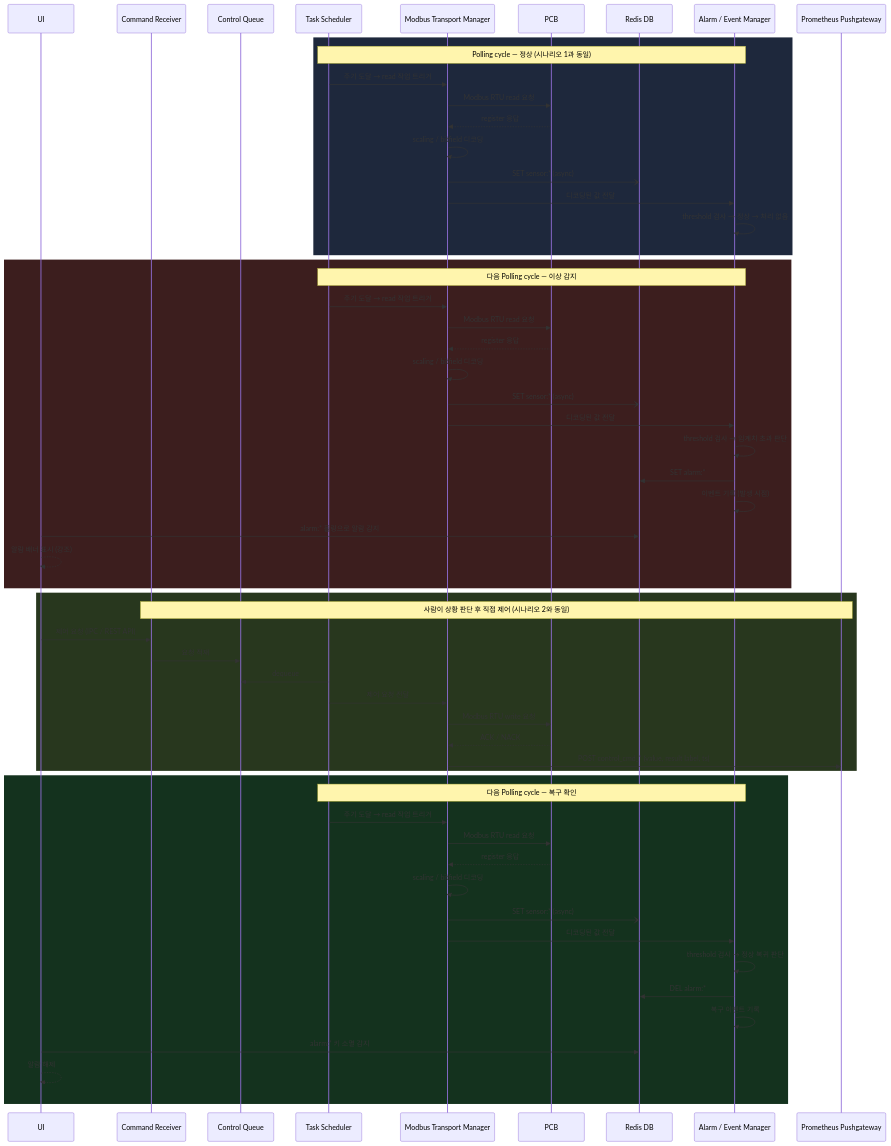
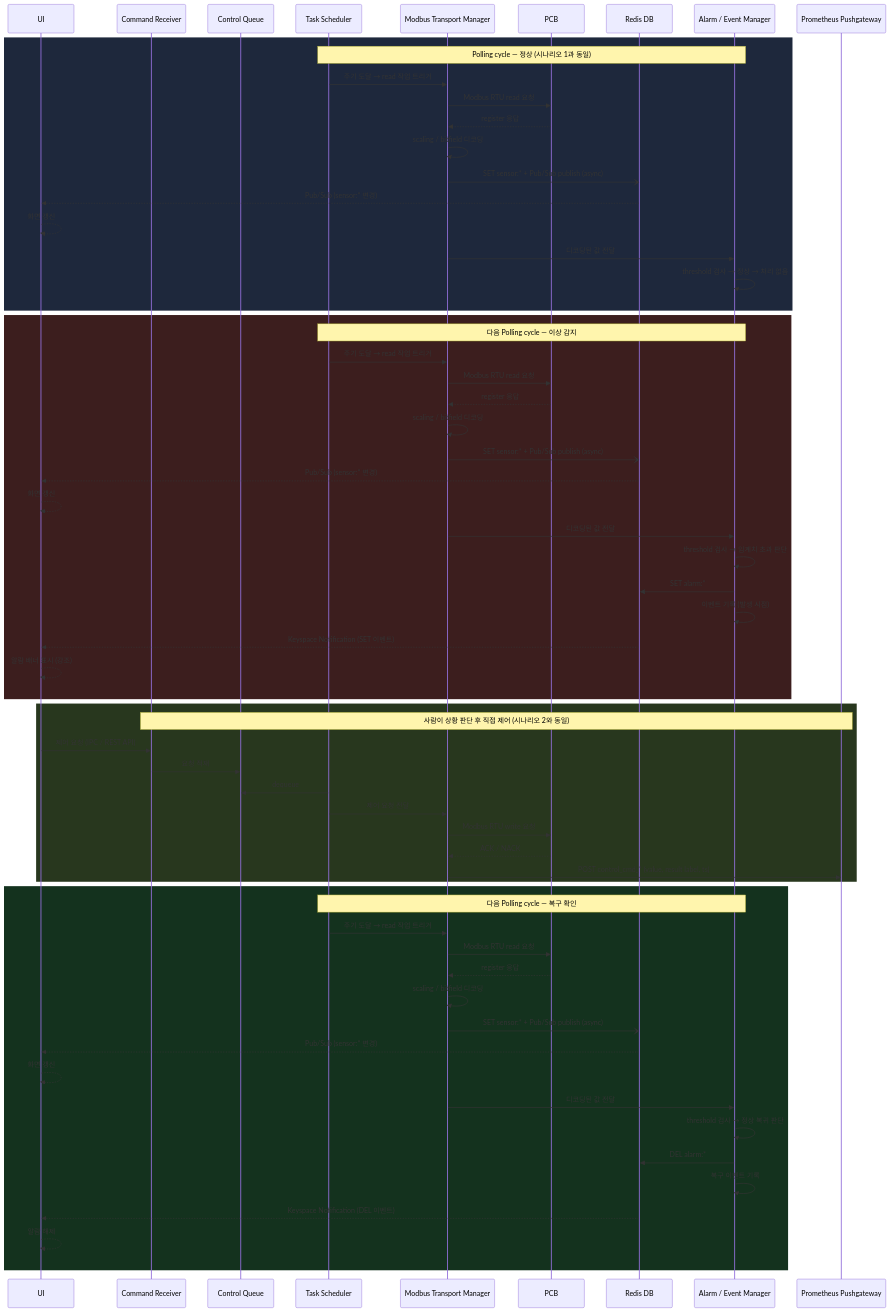
The third of 4 diagrams in docs/PCG.md (DEEPGadget/L2A_CDU_system), drawn with Mermaid before and after one commit. The commit also changed other lines of this file and 2 other files, not shown here.

Commit message:
ui redis 값 polling => redis pub/sub 추가

````diff
--- a/docs/PCG.md
+++ b/docs/PCG.md
@@ -242,64 +247,70 @@
 ```mermaid
 sequenceDiagram
     participant UI as UI
     participant CR as Command Receiver
     participant CQ as Control Queue
     participant TS as Task Scheduler
     participant MTM as Modbus Transport Manager
     participant PCB as PCB
     participant Redis as Redis DB
     participant AEM as Alarm / Event Manager
     participant PGW as Prometheus Pushgateway
 
     rect rgb(30, 40, 60)
         Note over TS,AEM: Polling cycle — 정상 (시나리오 1과 동일)
         TS->>MTM: 주기 도달 → read 작업 트리거
         MTM->>PCB: Modbus RTU read 요청
         PCB-->>MTM: register 응답
         MTM->>MTM: scaling / bitfield 디코딩
-        MTM-)Redis: SET sensor:* (async)
+        MTM-)Redis: SET sensor:* + Pub/Sub publish (async)
+        Redis-->>UI: Pub/Sub (sensor:* 변경)
+        UI-->>UI: 화면 갱신
         MTM->>AEM: 디코딩된 값 전달
         AEM->>AEM: threshold 검사 → 정상 → 처리 없음
     end
 
     rect rgb(60, 30, 30)
         Note over TS,AEM: 다음 Polling cycle — 이상 감지
         TS->>MTM: 주기 도달 → read 작업 트리거
         MTM->>PCB: Modbus RTU read 요청
         PCB-->>MTM: register 응답
         MTM->>MTM: scaling / bitfield 디코딩
-        MTM-)Redis: SET sensor:* (async)
+        MTM-)Redis: SET sensor:* + Pub/Sub publish (async)
+        Redis-->>UI: Pub/Sub (sensor:* 변경)
+        UI-->>UI: 화면 갱신
         MTM->>AEM: 디코딩된 값 전달
         AEM->>AEM: threshold 검사 → 임계치 초과 판단
         AEM->>Redis: SET alarm:*
         AEM->>AEM: 이벤트 기록 (발생 시점)
-        UI->>Redis: alarm:* 폴링으로 알람 감지
+        Redis-->>UI: Keyspace Notification (SET 이벤트)
         UI-->>UI: 알람 배너 표시 (강조)
     end
 
     rect rgb(40, 55, 30)
         Note over CR,PGW: 사람이 상황 판단 후 직접 제어 (시나리오 2와 동일)
         UI->>CR: 제어 요청 (IPC / REST API)
         CR->>CQ: 요청 적재
         TS->>CQ: dequeue
         TS->>MTM: 제어 요청 전달
         MTM->>PCB: Modbus RTU write 요청
         PCB-->>MTM: ACK / NACK
         MTM->>PGW: POST control_cmd_* (value, result label, ts)
     end
 
     rect rgb(20, 50, 30)
         Note over TS,AEM: 다음 Polling cycle — 복구 확인
         TS->>MTM: 주기 도달 → read 작업 트리거
         MTM->>PCB: Modbus RTU read 요청
         PCB-->>MTM: register 응답
         MTM->>MTM: scaling / bitfield 디코딩
-        MTM-)Redis: SET sensor:* (async)
+        MTM-)Redis: SET sensor:* + Pub/Sub publish (async)
+        Redis-->>UI: Pub/Sub (sensor:* 변경)
+        UI-->>UI: 화면 갱신
         MTM->>AEM: 디코딩된 값 전달
         AEM->>AEM: threshold 검사 → 정상 복귀 판단
         AEM->>Redis: DEL alarm:*
         AEM->>AEM: 복구 이벤트 기록
-        UI->>Redis: alarm:* 키 소멸 감지
+        Redis-->>UI: Keyspace Notification (DEL 이벤트)
         UI-->>UI: 알람 해제
     end
 ```
````
